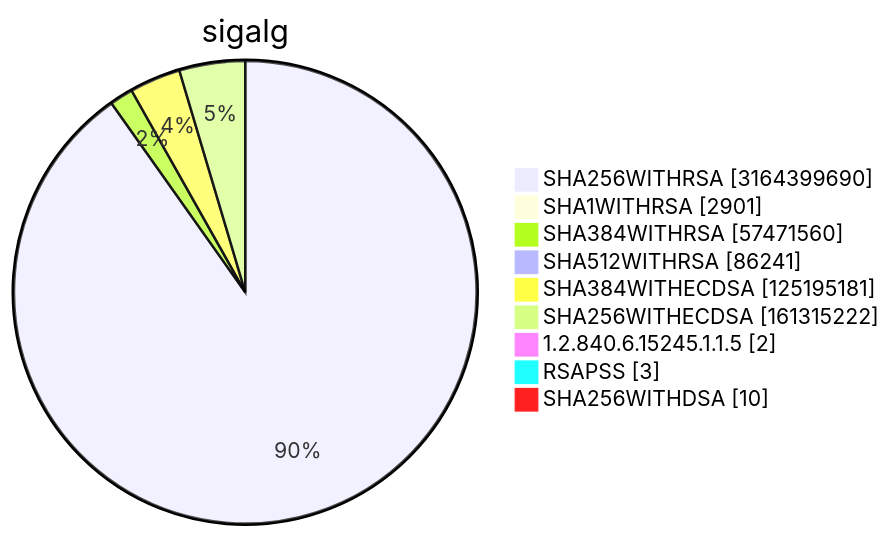
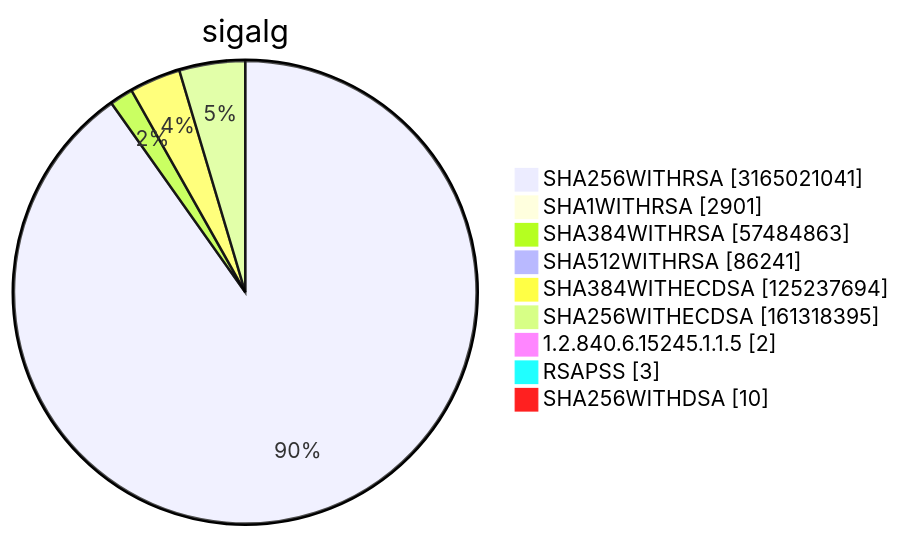
Diagram 15 of 15 in TOTAL/README.md (christiankrug/ctmonitor_visualization), drawn with Mermaid before and after one commit. The commit also changed other lines of this file, not shown here.

````diff
--- a/TOTAL/README.md
+++ b/TOTAL/README.md
@@ -6215,13 +6215,13 @@
 ```mermaid
 pie showData
 title sigalg
-"SHA256WITHRSA" :3164399690
+"SHA256WITHRSA" :3165021041
 "SHA1WITHRSA" :2901
-"SHA384WITHRSA" :57471560
+"SHA384WITHRSA" :57484863
 "SHA512WITHRSA" :86241
-"SHA384WITHECDSA" :125195181
-"SHA256WITHECDSA" :161315222
+"SHA384WITHECDSA" :125237694
+"SHA256WITHECDSA" :161318395
 "1.2.840.6.15245.1.1.5" :2
 "RSAPSS" :3
 "SHA256WITHDSA" :10
 ```
````
